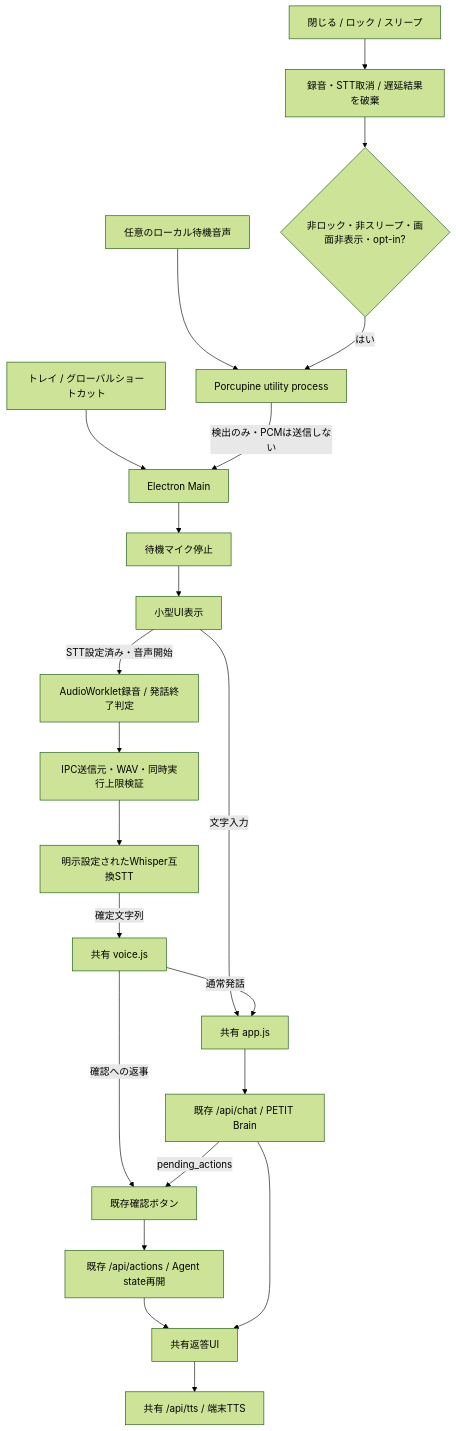
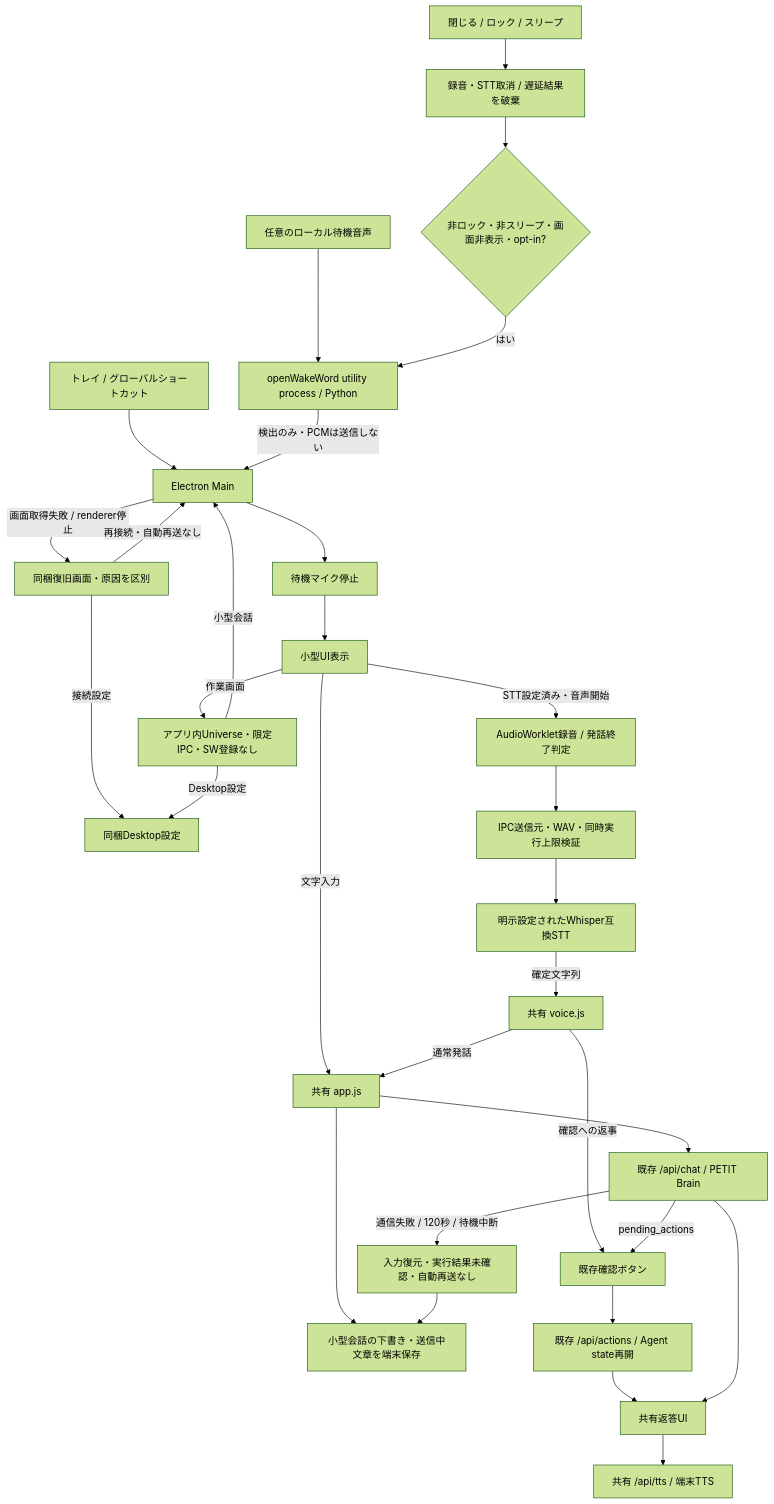
Before and after one commit to Soso2e/PETIT: diagram 16 of 20 in docs/runtime-flows.md, drawn with Mermaid (forest theme). The commit also changed other lines of this file and 28 other files, not shown here.

````diff
--- a/docs/runtime-flows.md
+++ b/docs/runtime-flows.md
@@ -618,24 +621,33 @@
 ```mermaid
 flowchart TD
     Tray[トレイ / グローバルショートカット] --> Main[Electron Main]
-    Mic[任意のローカル待機音声] --> Wake[Porcupine utility process]
+    Mic[任意のローカル待機音声] --> Wake[openWakeWord utility process / Python]
     Wake -->|検出のみ・PCMは送信しない| Main
     Main --> Stop[待機マイク停止]
     Stop --> Overlay[小型UI表示]
+    Main -->|画面取得失敗 / renderer停止| Recovery[同梱復旧画面・原因を区別]
+    Recovery -->|再接続・自動再送なし| Main
+    Recovery -->|接続設定| Settings[同梱Desktop設定]
+    Overlay -->|作業画面| Workspace[アプリ内Universe・限定IPC・SW登録なし]
+    Workspace -->|小型会話| Main
+    Workspace -->|Desktop設定| Settings
     Overlay -->|STT設定済み・音声開始| Capture[AudioWorklet録音 / 発話終了判定]
     Capture --> Validate[IPC送信元・WAV・同時実行上限検証]
     Validate --> STT[明示設定されたWhisper互換STT]
     STT -->|確定文字列| Voice[共有 voice.js]
     Overlay -->|文字入力| ChatUI[共有 app.js]
     Voice -->|通常発話| ChatUI
     Voice -->|確認への返事| Approval[既存確認ボタン]
     ChatUI --> ChatAPI[既存 /api/chat / PETIT Brain]
+    ChatUI --> Draft[小型会話の下書き・送信中文章を端末保存]
+    ChatAPI -->|通信失敗 / 120秒 / 待機中断| Unknown[入力復元・実行結果未確認・自動再送なし]
+    Unknown --> Draft
     ChatAPI -->|pending_actions| Approval
     Approval --> ConfirmAPI[既存 /api/actions / Agent state再開]
     ConfirmAPI --> Reply[共有返答UI]
     ChatAPI --> Reply
     Reply --> TTS[共有 /api/tts / 端末TTS]
     Hide[閉じる / ロック / スリープ] --> Cancel[録音・STT取消 / 遅延結果を破棄]
     Cancel --> Resume{非ロック・非スリープ・画面非表示・opt-in?}
     Resume -->|はい| Wake
 ```
````
